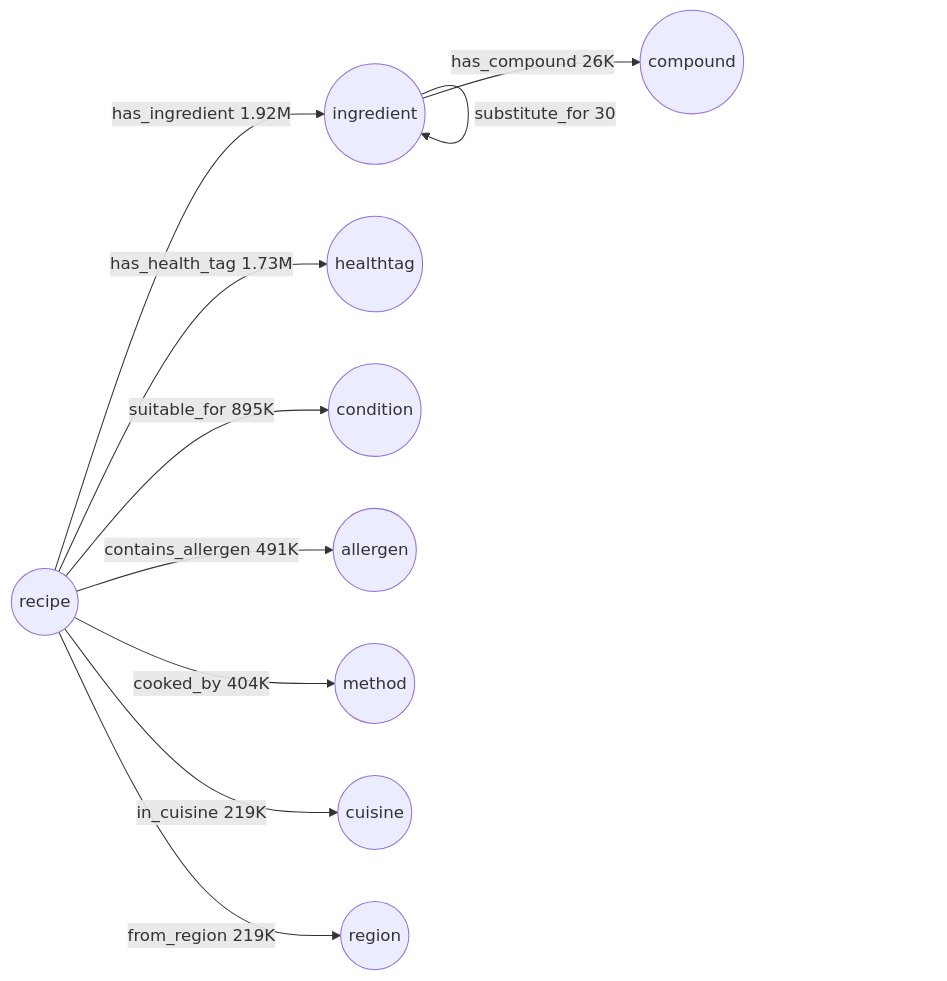
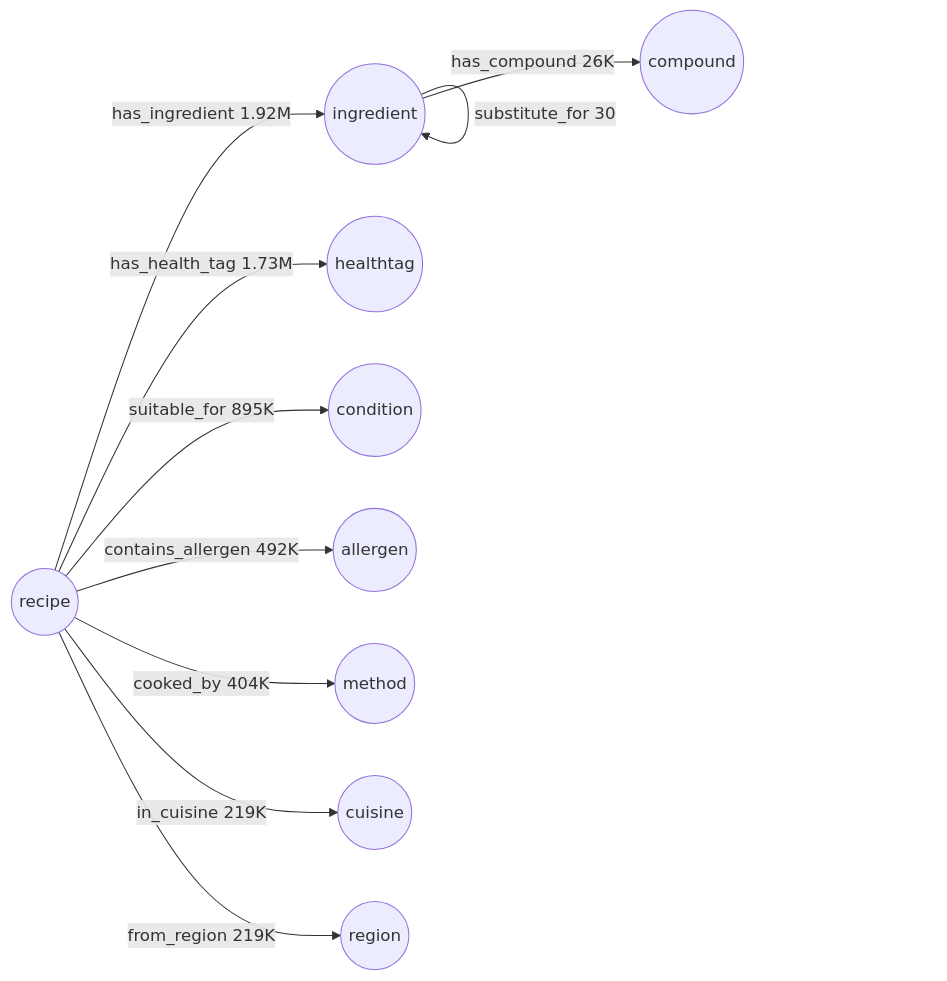
The second of 2 diagrams in README.md (Poshaka-Research-Lab/IndicRecipeNutri-dataset), drawn with Mermaid before and after one commit. The commit also changed other lines of this file and 43 other files, not shown here.

````diff
--- a/README.md
+++ b/README.md
@@ -323,13 +323,13 @@
 ```mermaid
 graph LR
     R((recipe)) -->|has_ingredient 1.92M| I((ingredient))
     R -->|has_health_tag 1.73M| H((healthtag))
     R -->|suitable_for 895K| D((condition))
-    R -->|contains_allergen 491K| A((allergen))
+    R -->|contains_allergen 492K| A((allergen))
     R -->|cooked_by 404K| M((method))
     R -->|in_cuisine 219K| C((cuisine))
     R -->|from_region 219K| G((region))
     I -->|has_compound 26K| P((compound))
     I -->|pairs_with 3.3K| I
     I -->|substitute_for 30| I
 ```
````
